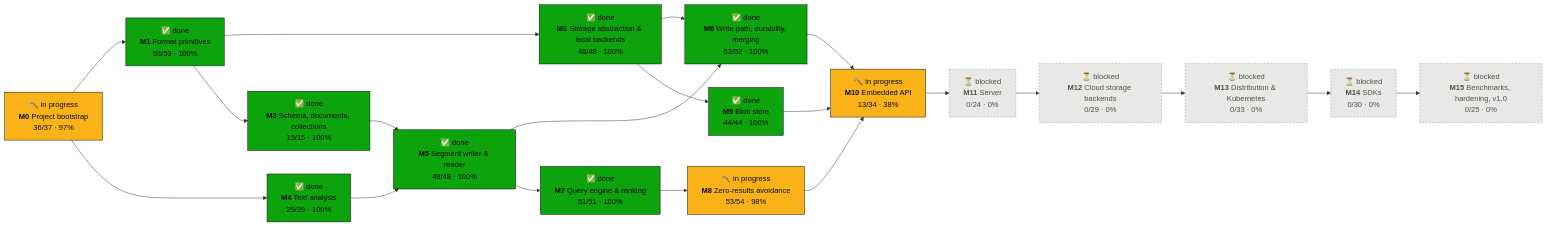
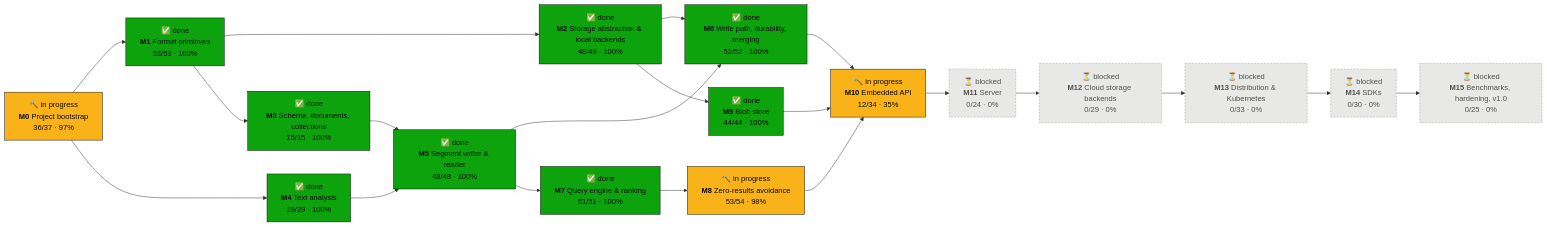
One commit to tomiok/persiaDB changed the first of 2 diagrams in PROGRESS.md. Above: the diagram before and after it, drawn with Mermaid. The commit also changed other lines of this file and 3 other files, not shown here.

First line of the commit message:
docs(roadmap): keep 10.2.4 open in wave 7

````diff
--- a/PROGRESS.md
+++ b/PROGRESS.md
@@ -16,42 +16,42 @@
 ```mermaid
 flowchart LR
   M0["🔨 in progress<br/><b>M0</b> Project bootstrap<br/>36/37 · 97%"]:::doing
   M1["✅ done<br/><b>M1</b> Format primitives<br/>53/53 · 100%"]:::done
   M2["✅ done<br/><b>M2</b> Storage abstraction & local backends<br/>48/48 · 100%"]:::done
   M3["✅ done<br/><b>M3</b> Schema, documents, collections<br/>15/15 · 100%"]:::done
   M4["✅ done<br/><b>M4</b> Text analysis<br/>29/29 · 100%"]:::done
   M5["✅ done<br/><b>M5</b> Segment writer & reader<br/>48/48 · 100%"]:::done
   M6["✅ done<br/><b>M6</b> Write path, durability, merging<br/>52/52 · 100%"]:::done
   M7["✅ done<br/><b>M7</b> Query engine & ranking<br/>51/51 · 100%"]:::done
   M8["🔨 in progress<br/><b>M8</b> Zero-results avoidance<br/>53/54 · 98%"]:::doing
   M9["✅ done<br/><b>M9</b> Blob store<br/>44/44 · 100%"]:::done
-  M10["🔨 in progress<br/><b>M10</b> Embedded API<br/>13/34 · 38%"]:::doing
+  M10["🔨 in progress<br/><b>M10</b> Embedded API<br/>12/34 · 35%"]:::doing
   M11["⏳ blocked<br/><b>M11</b> Server<br/>0/24 · 0%"]:::blocked
   M12["⏳ blocked<br/><b>M12</b> Cloud storage backends<br/>0/29 · 0%"]:::blocked
   M13["⏳ blocked<br/><b>M13</b> Distribution & Kubernetes<br/>0/33 · 0%"]:::blocked
   M14["⏳ blocked<br/><b>M14</b> SDKs<br/>0/30 · 0%"]:::blocked
   M15["⏳ blocked<br/><b>M15</b> Benchmarks, hardening, v1.0<br/>0/25 · 0%"]:::blocked
   M0 --> M1
   M1 --> M2
   M1 --> M3
   M0 --> M4
   M3 --> M5
   M4 --> M5
   M2 --> M6
   M5 --> M6
   M5 --> M7
   M7 --> M8
   M2 --> M9
   M6 --> M10
   M8 --> M10
   M9 --> M10
   M10 --> M11
   M11 --> M12
   M12 --> M13
   M13 --> M14
   M14 --> M15
   classDef done fill:#0ca30c,stroke:#0b0b0b,color:#0b0b0b
   classDef doing fill:#fab219,stroke:#0b0b0b,color:#0b0b0b
   classDef ready fill:#fcfcfb,stroke:#0b0b0b,stroke-width:2px,color:#0b0b0b
   classDef blocked fill:#e8e8e6,stroke:#9a9a96,stroke-dasharray:4 3,color:#52514e
 ```
````
